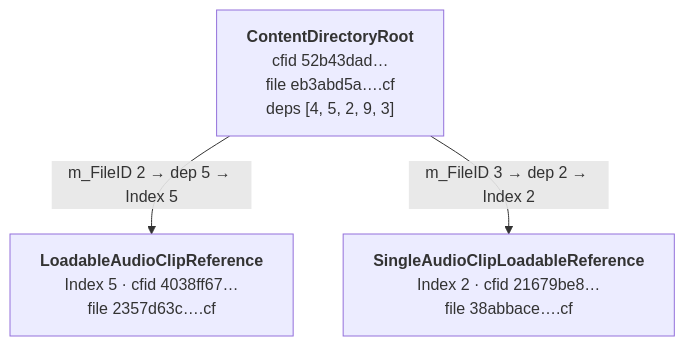
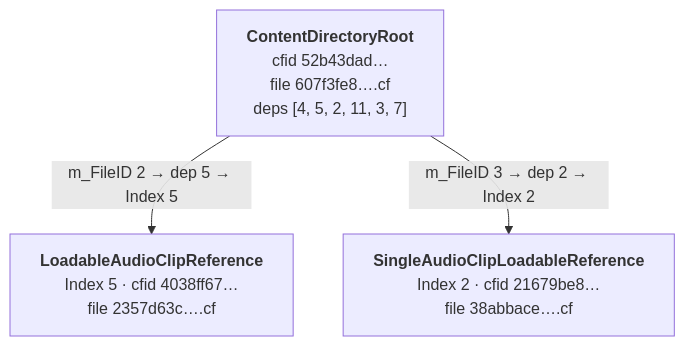
The diagram in Documentation/contentdirectory-format.md (Unity-Technologies/UnityDataTools), drawn with Mermaid before and after one commit. The commit also changed other lines of this file and 77 other files, not shown here.

````diff
--- a/Documentation/contentdirectory-format.md
+++ b/Documentation/contentdirectory-format.md
@@ -354,9 +355,9 @@
 ```mermaid
 flowchart TD
-    Root["<b>ContentDirectoryRoot</b><br/>cfid 52b43dad…<br/>file eb3abd5a….cf<br/>deps [4, 5, 2, 9, 3]"]
+    Root["<b>ContentDirectoryRoot</b><br/>cfid 52b43dad…<br/>file 607f3fe8….cf<br/>deps [4, 5, 2, 11, 3, 7]"]
     Loadable["<b>LoadableAudioClipReference</b><br/>Index 5 · cfid 4038ff67…<br/>file 2357d63c….cf"]
     Single["<b>SingleAudioClipLoadableReference</b><br/>Index 2 · cfid 21679be8…<br/>file 38abbace….cf"]
 
     Root -->|"m_FileID 2 → dep 5 → Index 5"| Loadable
     Root -->|"m_FileID 3 → dep 2 → Index 2"| Single
 ```
````
